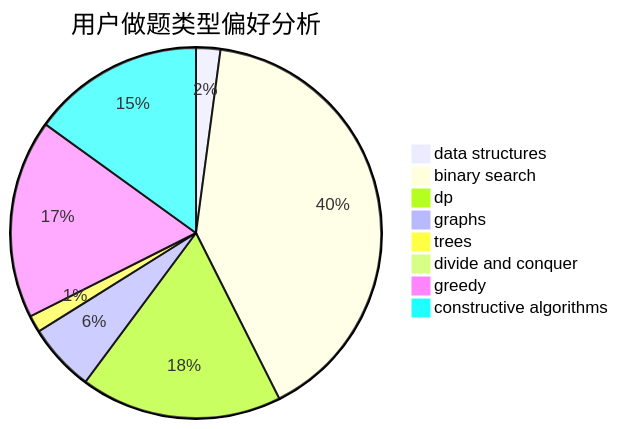
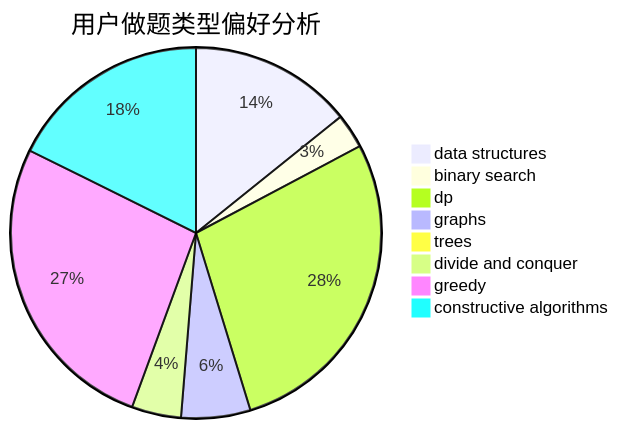
The second of 3 diagrams in docs/user/u1535.md (sherpahu/cfrs.github.io), drawn with Mermaid before and after one commit. The commit also changed other lines of this file and 2770 other files, not shown here.

````diff
--- a/docs/user/u1535.md
+++ b/docs/user/u1535.md
@@ -23,11 +23,11 @@
 ```mermaid
 pie title 用户做题类型偏好分析
-    "data structures" :  10
-    "binary search" :  191
-    "dp" :  83
-    "graphs" :  28
-    "trees" :  7
-    "divide and conquer" :  0
-    "greedy" :  82
-    "constructive algorithms" :  71
+    "data structures" :  33
+    "binary search" :  7
+    "dp" :  65
+    "graphs" :  14
+    "trees" :  0
+    "divide and conquer" :  10
+    "greedy" :  62
+    "constructive algorithms" :  41
 ```
````
